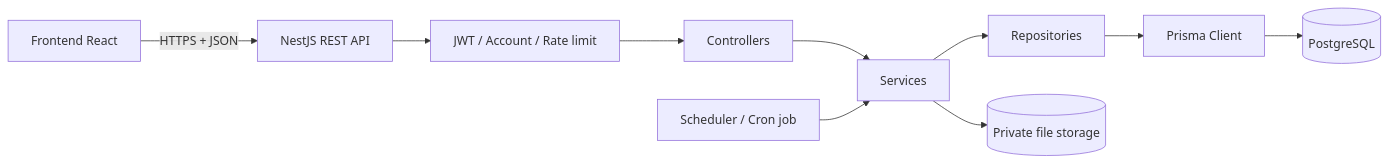
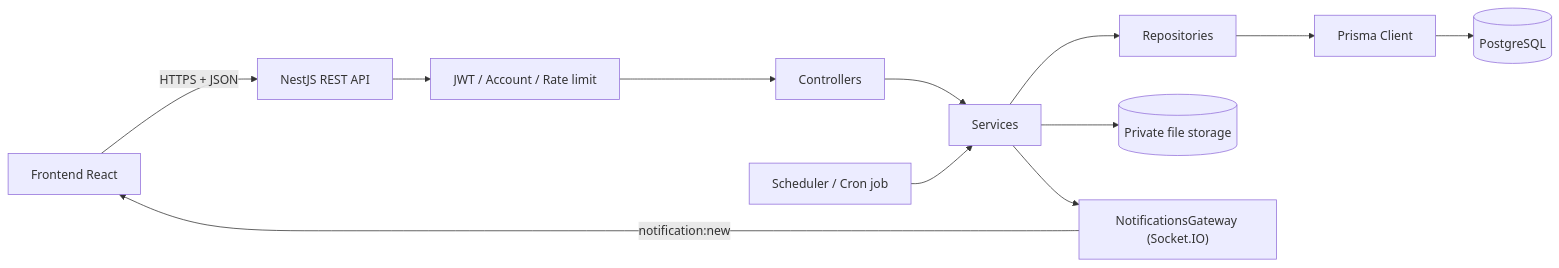
One commit to tuyennd99/cham-diem-ocop changed the third of 5 diagrams in docs/backend-architecture.md. Above: the diagram before and after it, drawn with Mermaid. The commit also changed other lines of this file, not shown here.

````diff
--- a/docs/backend-architecture.md
+++ b/docs/backend-architecture.md
@@ -204,18 +204,21 @@
 ```mermaid
 flowchart LR
     FE["Frontend React"]
     API["NestJS REST API"]
     GUARD["JWT / Account / Rate limit"]
     CTRL["Controllers"]
     SVC["Services"]
     REPO["Repositories"]
     PRISMA["Prisma Client"]
     DB[("PostgreSQL")]
     FILES[("Private file storage")]
     JOB["Scheduler / Cron job"]
+    WS["NotificationsGateway (Socket.IO)"]
 
     FE -->|HTTPS + JSON| API
     API --> GUARD --> CTRL --> SVC --> REPO --> PRISMA --> DB
     SVC --> FILES
+    SVC --> WS
+    WS -->|"notification:new"| FE
     JOB --> SVC
 ```
````
